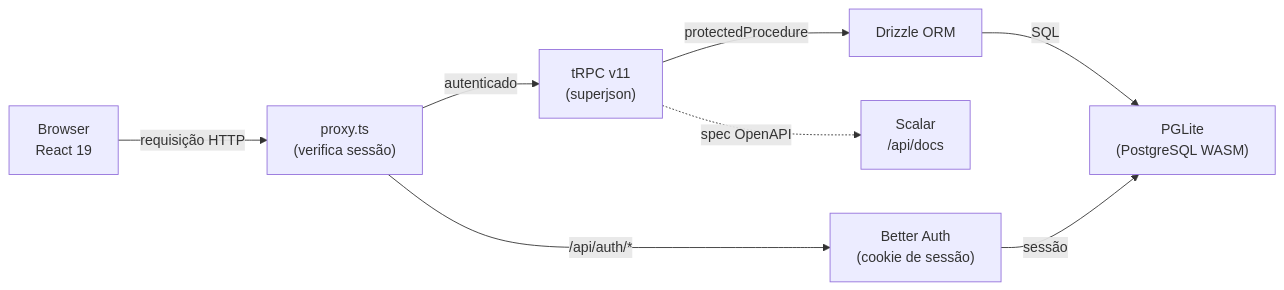
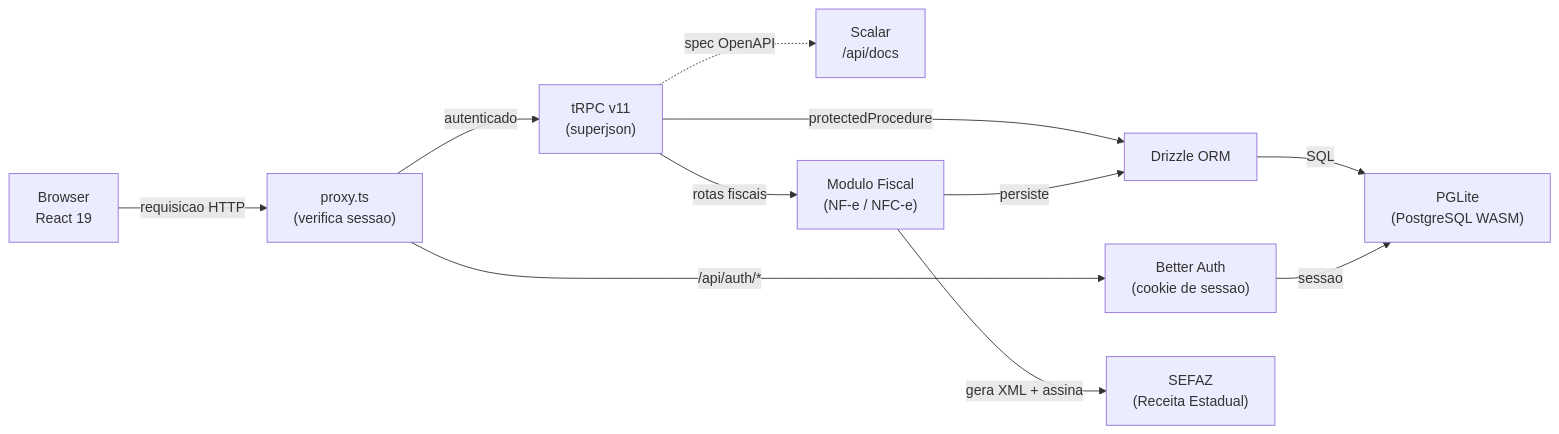
Before and after one commit to JoaoHenriqueBarbosa/FinOpenPOS: the first of 6 diagrams in README.ptBR.md, drawn with Mermaid. The commit also changed other lines of this file and 1 other file, not shown here.

First line of the commit message:
docs(readme): rewrite READMEs with fiscal module, TOC, and mermaid diagrams

````diff
--- a/README.ptBR.md
+++ b/README.ptBR.md
@@ -20,18 +57,23 @@
 ```mermaid
 flowchart LR
   Browser["Browser\nReact 19"]
-  Proxy["proxy.ts\n(verifica sessão)"]
+  Proxy["proxy.ts\n(verifica sessao)"]
   tRPC["tRPC v11\n(superjson)"]
-  Auth["Better Auth\n(cookie de sessão)"]
+  Auth["Better Auth\n(cookie de sessao)"]
   Drizzle["Drizzle ORM"]
   PGLite["PGLite\n(PostgreSQL WASM)"]
   Scalar["Scalar\n/api/docs"]
+  Fiscal["Modulo Fiscal\n(NF-e / NFC-e)"]
+  SEFAZ["SEFAZ\n(Receita Estadual)"]
 
-  Browser -->|requisição HTTP| Proxy
+  Browser -->|requisicao HTTP| Proxy
   Proxy -->|autenticado| tRPC
   Proxy -->|/api/auth/*| Auth
   tRPC -->|protectedProcedure| Drizzle
+  tRPC -->|rotas fiscais| Fiscal
   Drizzle -->|SQL| PGLite
   tRPC -.->|spec OpenAPI| Scalar
-  Auth -->|sessão| PGLite
+  Auth -->|sessao| PGLite
+  Fiscal -->|gera XML + assina| SEFAZ
+  Fiscal -->|persiste| Drizzle
 ```
````
